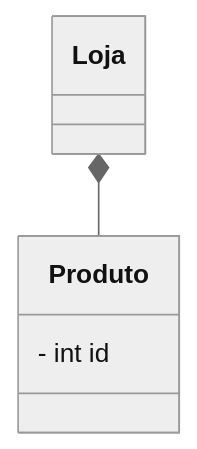
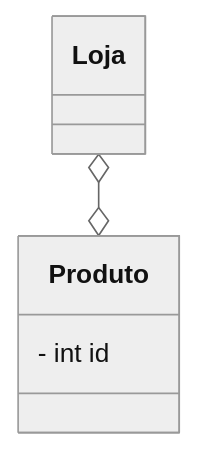
One commit to mateusraffaelli/Projeto-Final-de-Banco-de-Dados changed the diagram in README.md. Above: the diagram before and after it, drawn with Mermaid (neutral theme).

Commit message:
Change relationship from composition to association

````diff
--- a/README.md
+++ b/README.md
@@ -12,12 +12,12 @@
 ```mermaid
 classDiagram
-    Loja *-- Produto
+    Loja o--o Produto
 
     class Loja{
         
     }
 
     class Produto{
         - int id
     }
 ```
````
